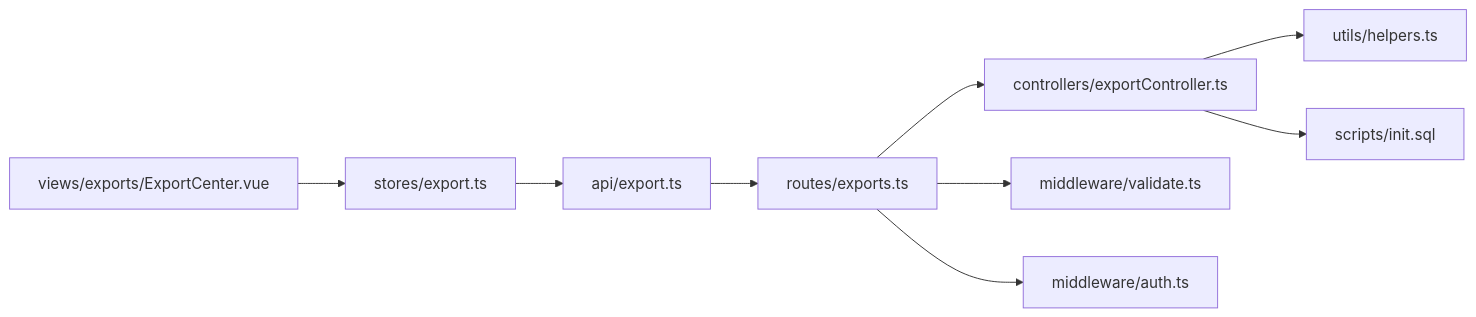
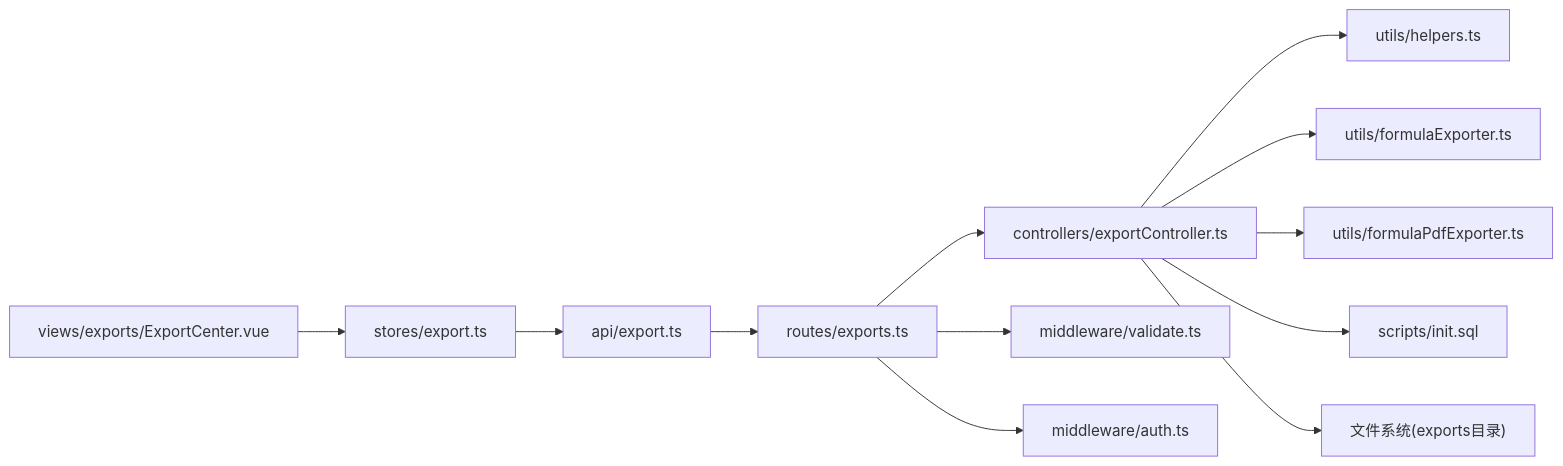
Before and after one commit to xpretycn/TingStudio: the eighth of 10 diagrams in .qoder/repowiki/zh/content/后端开发指南/控制器层实现/导出控制器.md, drawn with Mermaid. The commit also changed other lines of this file and 56 other files, not shown here.

````diff
--- a/.qoder/repowiki/zh/content/后端开发指南/控制器层实现/导出控制器.md
+++ b/.qoder/repowiki/zh/content/后端开发指南/控制器层实现/导出控制器.md
@@ -277,11 +363,14 @@
 ```mermaid
 graph LR
 ROUTES["routes/exports.ts"] --> CTRL["controllers/exportController.ts"]
 CTRL --> HELPERS["utils/helpers.ts"]
+CTRL --> FORMULA_EXCEL["utils/formulaExporter.ts"]
+CTRL --> FORMULA_PDF["utils/formulaPdfExporter.ts"]
 CTRL --> DB["scripts/init.sql"]
+CTRL --> FS["文件系统(exports目录)"]
 ROUTES --> VALIDATE["middleware/validate.ts"]
 ROUTES --> AUTH["middleware/auth.ts"]
 FE_VIEW["views/exports/ExportCenter.vue"] --> FE_STORE["stores/export.ts"]
 FE_STORE --> FE_API["api/export.ts"]
 FE_API --> ROUTES
 ```
````
